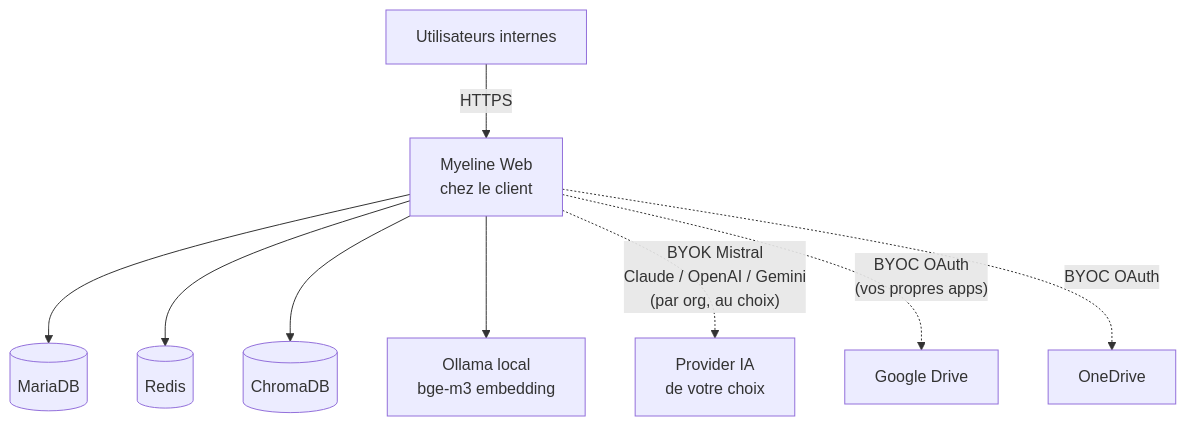
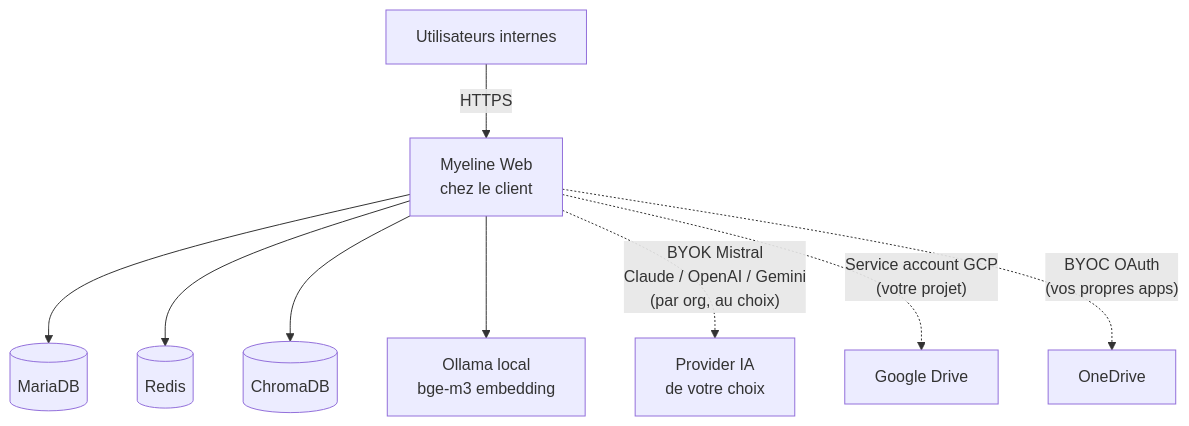
One commit to ClaraVnk/myeline-docs changed the diagram in docs/editions/sovereign-hybrid.md. Above: the diagram before and after it, drawn with Mermaid. The commit also changed other lines of this file and 11 other files, not shown here.

First line of the commit message:
docs: update Google Drive connector — service account instead of OAuth

````diff
--- a/docs/editions/sovereign-hybrid.md
+++ b/docs/editions/sovereign-hybrid.md
@@ -14,11 +14,11 @@
 ```mermaid
 graph TB
     U[Utilisateurs internes] -->|HTTPS| Web[Myeline Web<br/>chez le client]
     Web --> DB[(MariaDB)]
     Web --> Redis[(Redis)]
     Web --> Chroma[(ChromaDB)]
     Web --> Ollama[Ollama local<br/>bge-m3 embedding]
     Web -.->|"BYOK Mistral<br/>Claude / OpenAI / Gemini<br/>(par org, au choix)"| LLM[Provider IA<br/>de votre choix]
-    Web -.->|"BYOC OAuth<br/>(vos propres apps)"| GDrive[Google Drive]
-    Web -.->|"BYOC OAuth"| OneDrive[OneDrive]
+    Web -.->|"Service account GCP<br/>(votre projet)"| GDrive[Google Drive]
+    Web -.->|"BYOC OAuth<br/>(vos propres apps)"| OneDrive[OneDrive]
 ```
````
